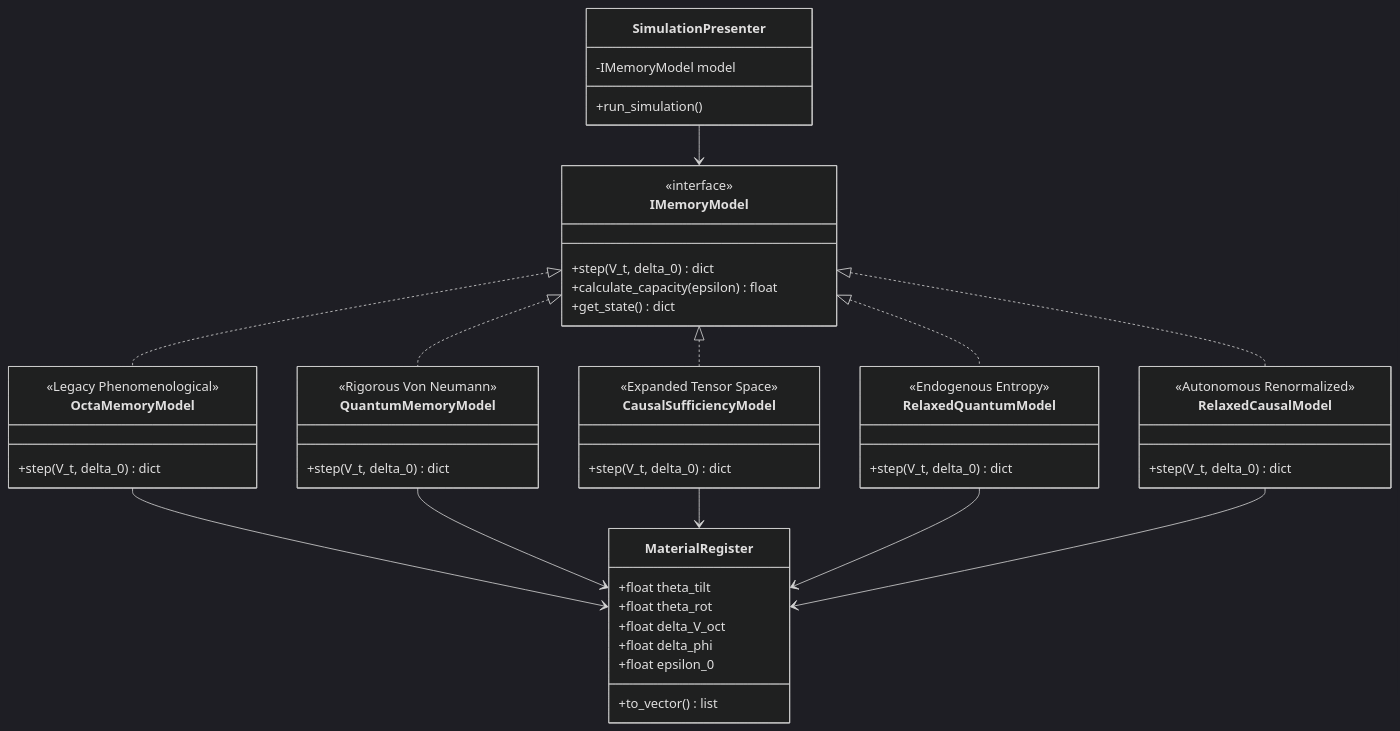
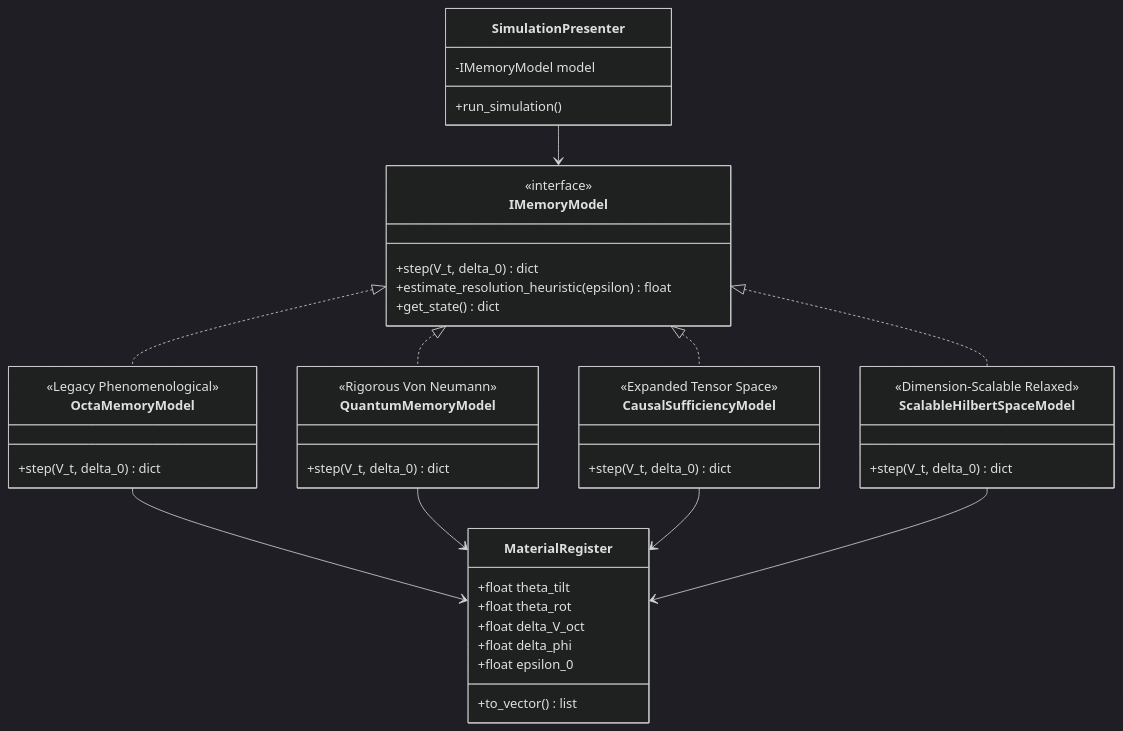
The first of 3 diagrams in README.md (QC-UPM/OgTRQC), drawn with Mermaid (dark theme) before and after one commit. The commit also changed other lines of this file and 100 other files, not shown here.

Commit message:
Improvement of scalabilidad of Hilbert's dimension

````diff
--- a/README.md
+++ b/README.md
@@ -62,62 +79,55 @@
 ```mermaid
 classDiagram
     class MaterialRegister {
         +float theta_tilt
         +float theta_rot
         +float delta_V_oct
         +float delta_phi
         +float epsilon_0
         +to_vector() list
     }
 
     class IMemoryModel {
         <<interface>>
         +step(V_t, delta_0) dict
-        +calculate_capacity(epsilon) float
+        +estimate_resolution_heuristic(epsilon) float
         +get_state() dict
     }
 
     class OctaMemoryModel {
         <<Legacy Phenomenological>>
         +step(V_t, delta_0) dict
     }
 
     class QuantumMemoryModel {
         <<Rigorous Von Neumann>>
         +step(V_t, delta_0) dict
     }
     
     class CausalSufficiencyModel {
         <<Expanded Tensor Space>>
         +step(V_t, delta_0) dict
     }
     
-    class RelaxedQuantumModel {
-        <<Endogenous Entropy>>
-        +step(V_t, delta_0) dict
-    }
-    
-    class RelaxedCausalModel {
-        <<Autonomous Renormalized>>
+    class ScalableHilbertSpaceModel {
+        <<Dimension-Scalable Relaxed>>
         +step(V_t, delta_0) dict
     }
 
     IMemoryModel <|.. OctaMemoryModel
     IMemoryModel <|.. QuantumMemoryModel
     IMemoryModel <|.. CausalSufficiencyModel
-    IMemoryModel <|.. RelaxedQuantumModel
-    IMemoryModel <|.. RelaxedCausalModel
+    IMemoryModel <|.. ScalableHilbertSpaceModel
     
     OctaMemoryModel --> MaterialRegister
     QuantumMemoryModel --> MaterialRegister
     CausalSufficiencyModel --> MaterialRegister
-    RelaxedQuantumModel --> MaterialRegister
-    RelaxedCausalModel --> MaterialRegister
+    ScalableHilbertSpaceModel --> MaterialRegister
 
     class SimulationPresenter {
         -IMemoryModel model
         +run_simulation()
     }
     
     SimulationPresenter --> IMemoryModel
 ```
````
